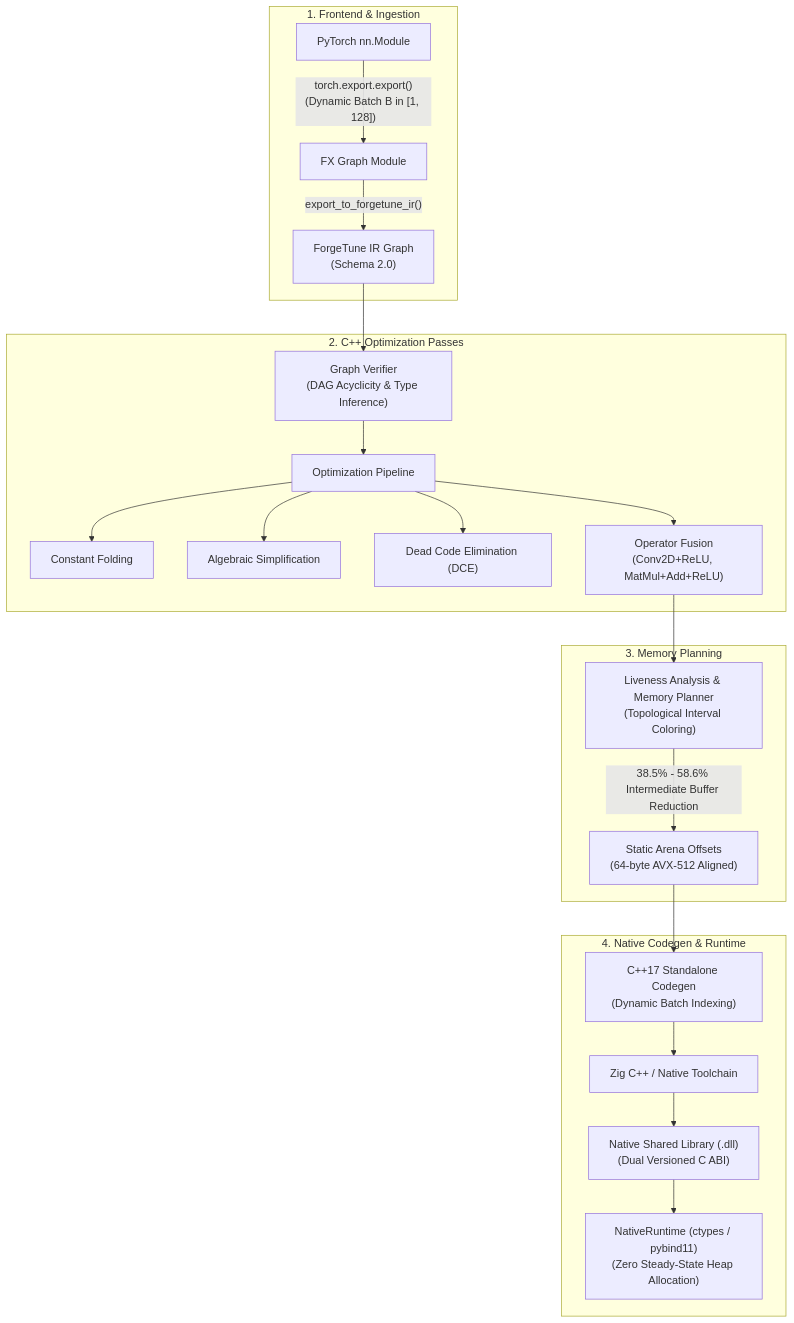
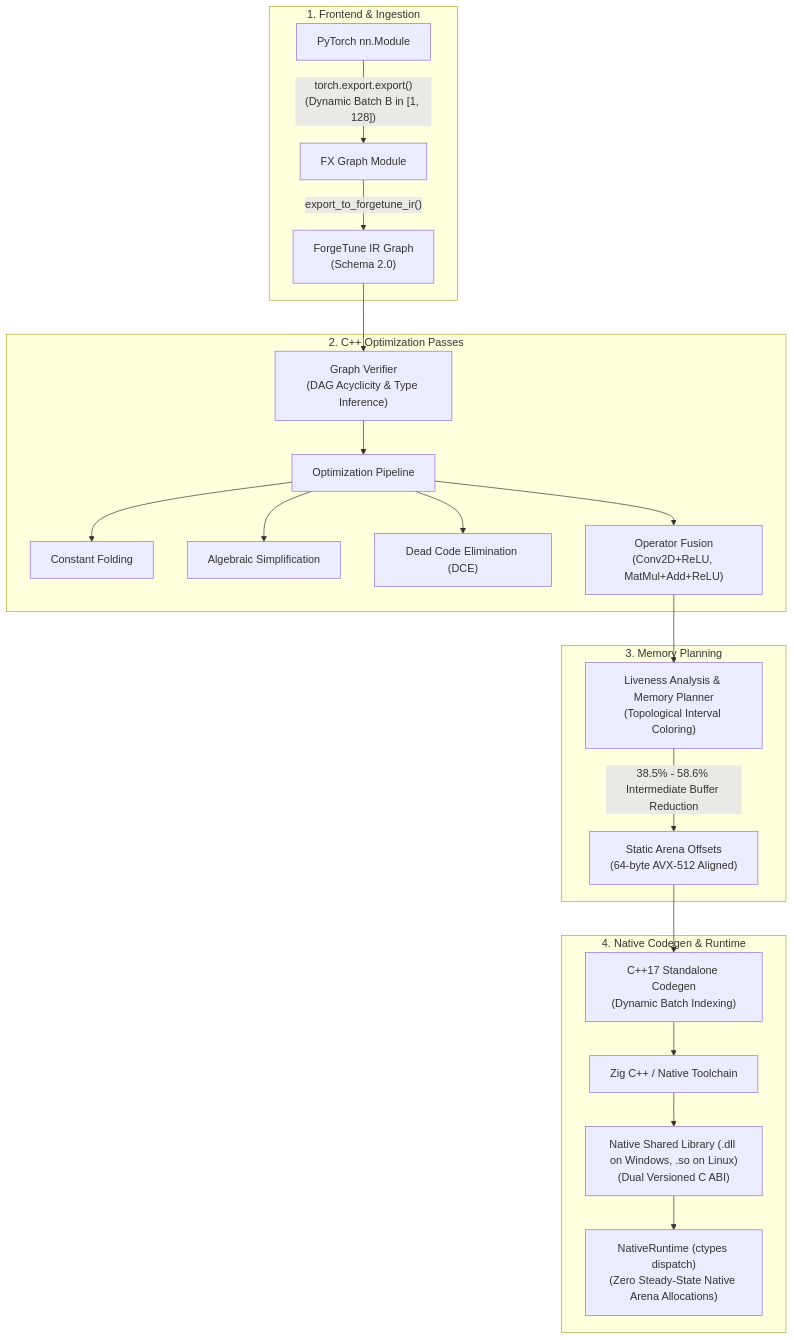
The diagram in README.md (TDheeraj14569/Forgetune), drawn with Mermaid before and after one commit. The commit also changed other lines of this file and 16 other files, not shown here.

Commit message:
feat(v2.0): comprehensive closure of packaging, schema validation, autotuner memory limits, and audit reconciliation

````diff
--- a/README.md
+++ b/README.md
@@ -30,28 +30,28 @@
 ```mermaid
 flowchart TD
     subgraph Frontend["1. Frontend & Ingestion"]
         A["PyTorch nn.Module"] -->|"torch.export.export()<br/>(Dynamic Batch B in [1, 128])"| B["FX Graph Module"]
         B -->|"export_to_forgetune_ir()"| C["ForgeTune IR Graph<br/>(Schema 2.0)"]
     end
 
     subgraph Optimization["2. C++ Optimization Passes"]
         C --> D["Graph Verifier<br/>(DAG Acyclicity & Type Inference)"]
         D --> E["Optimization Pipeline"]
         E --> E1["Constant Folding"]
         E --> E2["Algebraic Simplification"]
         E --> E3["Dead Code Elimination (DCE)"]
         E --> E4["Operator Fusion<br/>(Conv2D+ReLU, MatMul+Add+ReLU)"]
     end
 
     subgraph Memory["3. Memory Planning"]
         E4 --> F["Liveness Analysis & Memory Planner<br/>(Topological Interval Coloring)"]
         F -->|"38.5% - 58.6% Intermediate Buffer Reduction"| G["Static Arena Offsets<br/>(64-byte AVX-512 Aligned)"]
     end
 
     subgraph Native["4. Native Codegen & Runtime"]
         G --> H["C++17 Standalone Codegen<br/>(Dynamic Batch Indexing)"]
         H --> I["Zig C++ / Native Toolchain"]
-        I --> J["Native Shared Library (.dll)<br/>(Dual Versioned C ABI)"]
-        J --> K["NativeRuntime (ctypes / pybind11)<br/>(Zero Steady-State Heap Allocation)"]
+        I --> J["Native Shared Library (.dll on Windows, .so on Linux)<br/>(Dual Versioned C ABI)"]
+        J --> K["NativeRuntime (ctypes dispatch)<br/>(Zero Steady-State Native Arena Allocations)"]
     end
 ```
````
